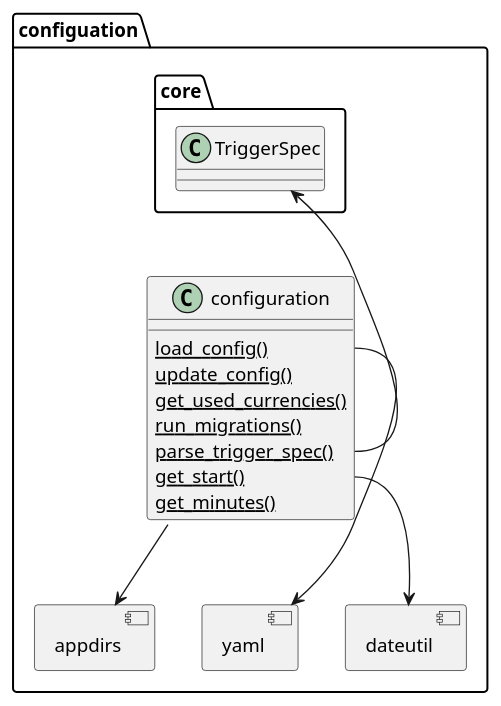
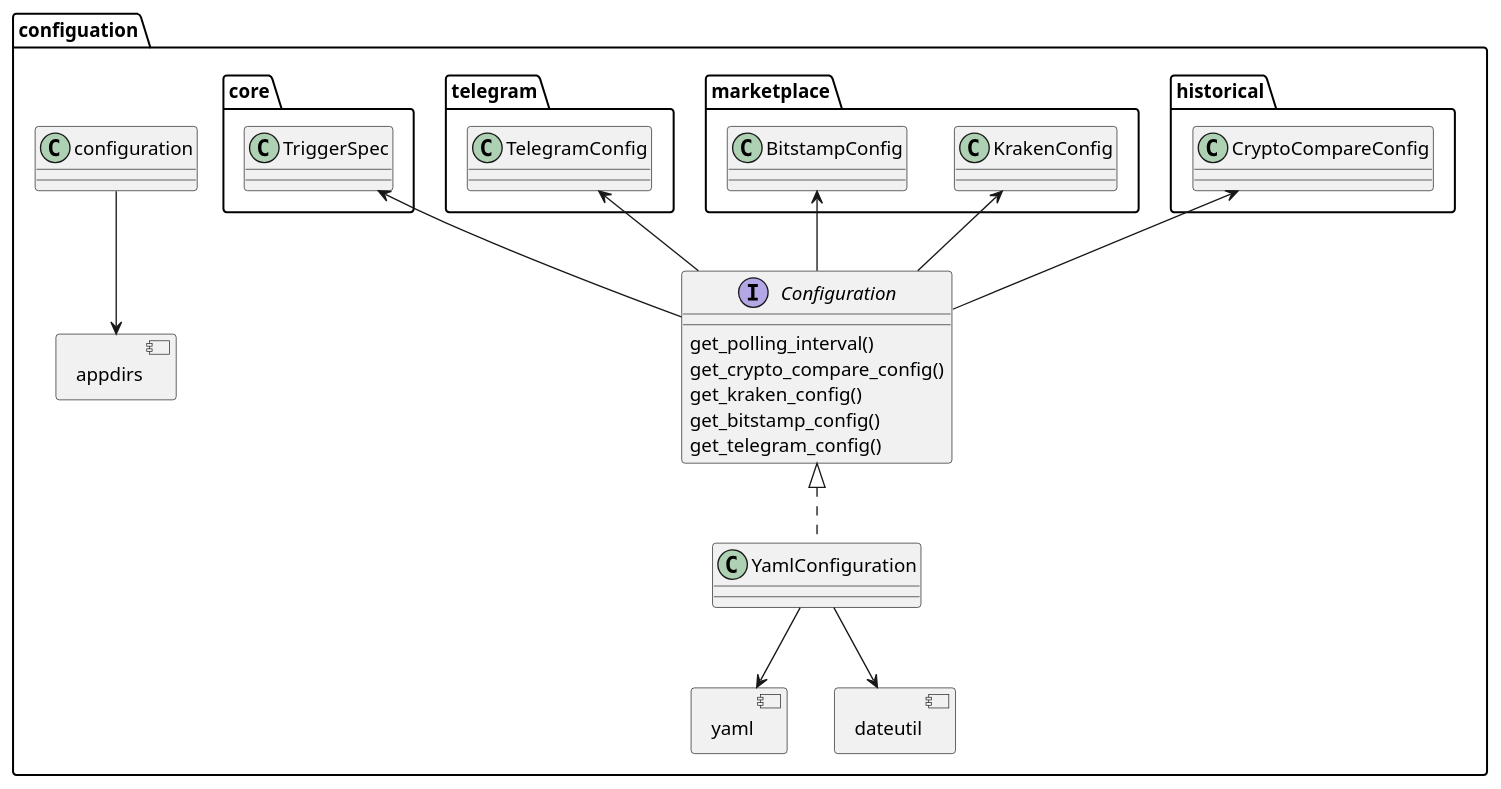
Before and after one commit to martin-ueding/vigilant-crypto-snatch: the diagram in dev/graphs/configuration.puml, drawn with PlantUML. The commit also changed 10 other files, not shown here.

```diff
--- a/dev/graphs/configuration.puml
+++ b/dev/graphs/configuration.puml
@@ -1,27 +1,33 @@
 @startuml
 
 allowmixing
 
 namespace configuation {
 component appdirs
 component yaml
 component dateutil
 
-class configuration {
-    {static} load_config()
-    {static} update_config()
-    {static} get_used_currencies()
-    {static} run_migrations()
-    {static} parse_trigger_spec()
-    {static} get_start()
-    {static} get_minutes()
+interface Configuration {
+    get_polling_interval()
+    get_crypto_compare_config()
+    get_kraken_config()
+    get_bitstamp_config()
+    get_telegram_config()
 }
 
-configuration::load_config --> yaml
-configuration::get_start --> dateutil
-core.TriggerSpec <-- configuration::parse_trigger_spec
+class YamlConfiguration implements Configuration
+
+historical.CryptoCompareConfig <-- Configuration
+marketplace.KrakenConfig <-- Configuration
+marketplace.BitstampConfig <-- Configuration
+telegram.TelegramConfig <-- Configuration
+core.TriggerSpec <-- Configuration
+
+YamlConfiguration --> dateutil
+YamlConfiguration --> yaml
+
 
 configuration --> appdirs
 
 }
 @enduml
```
